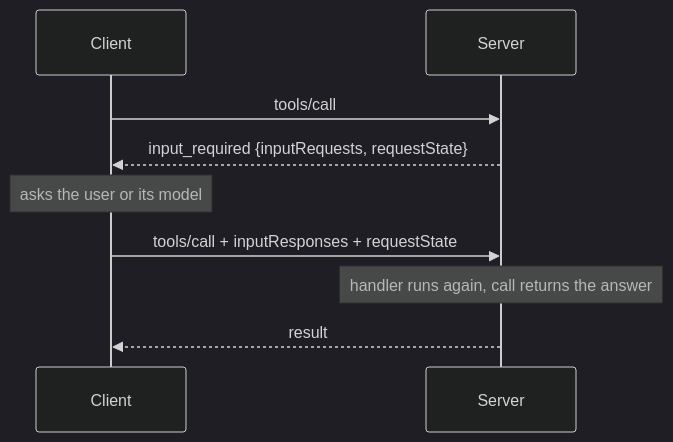
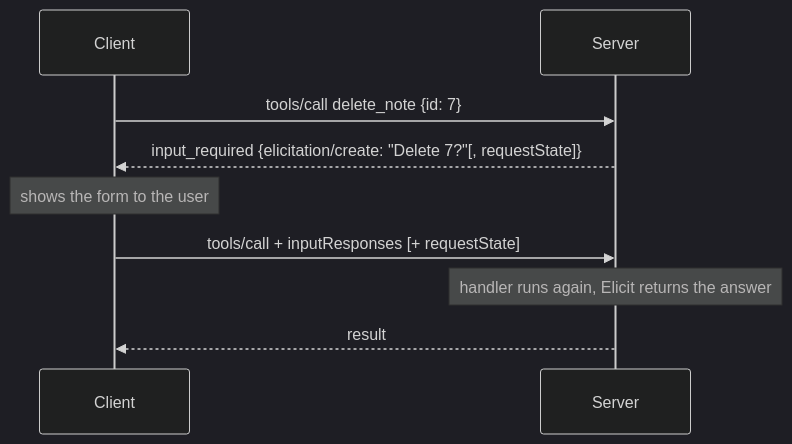
The eighth of 19 diagrams in README.md (StevenCyb/GoMCP), drawn with Mermaid (dark theme) before and after one commit. The commit also changed other lines of this file and 20 other files, not shown here.

````diff
--- a/README.md
+++ b/README.md
@@ -455,11 +496,11 @@
 ```mermaid
 sequenceDiagram
     participant C as Client
     participant S as Server
-    C->>S: tools/call
-    S-->>C: input_required {inputRequests, requestState}
-    Note over C: asks the user or its model
-    C->>S: tools/call + inputResponses + requestState
-    Note over S: handler runs again, call returns the answer
+    C->>S: tools/call delete_note {id: 7}
+    S-->>C: input_required {elicitation/create: "Delete 7?"[, requestState]}
+    Note over C: shows the form to the user
+    C->>S: tools/call + inputResponses [+ requestState]
+    Note over S: handler runs again, Elicit returns the answer
     S-->>C: result
 ```
````
